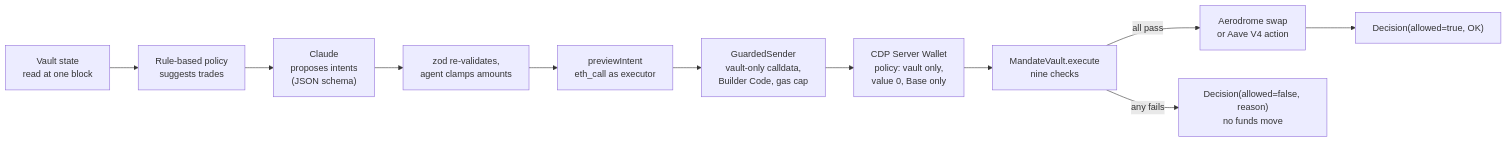
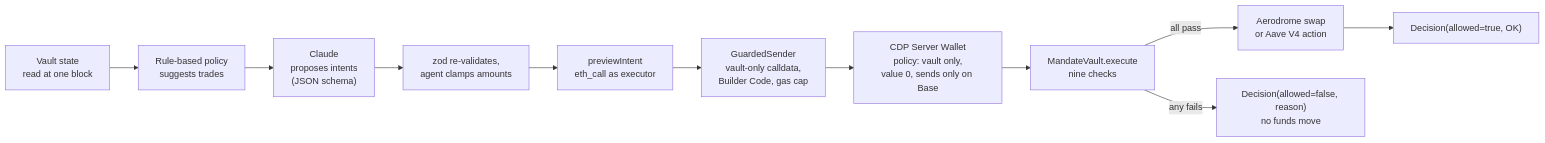
The diagram in README.md (duongnq2798/maat), drawn with Mermaid before and after one commit. The commit also changed other lines of this file and 5 other files, not shown here.

First line of the commit message:
docs: say the executor policy limits the network only when sending

````diff
--- a/README.md
+++ b/README.md
@@ -260,13 +260,13 @@
 ```mermaid
 flowchart LR
     S["Vault state<br/>read at one block"] --> P["Rule-based policy<br/>suggests trades"]
     P --> C["Claude<br/>proposes intents<br/>(JSON schema)"]
     C --> Z["zod re-validates,<br/>agent clamps amounts"]
     Z --> V["previewIntent<br/>eth_call as executor"]
     V --> G["GuardedSender<br/>vault-only calldata,<br/>Builder Code, gas cap"]
-    G --> W["CDP Server Wallet<br/>policy: vault only,<br/>value 0, Base only"]
+    G --> W["CDP Server Wallet<br/>policy: vault only,<br/>value 0, sends only on Base"]
     W --> E["MandateVault.execute<br/>nine checks"]
     E -->|all pass| A["Aerodrome swap<br/>or Aave V4 action"]
     E -->|any fails| R["Decision(allowed=false, reason)<br/>no funds move"]
     A --> D["Decision(allowed=true, OK)"]
 ```
````
